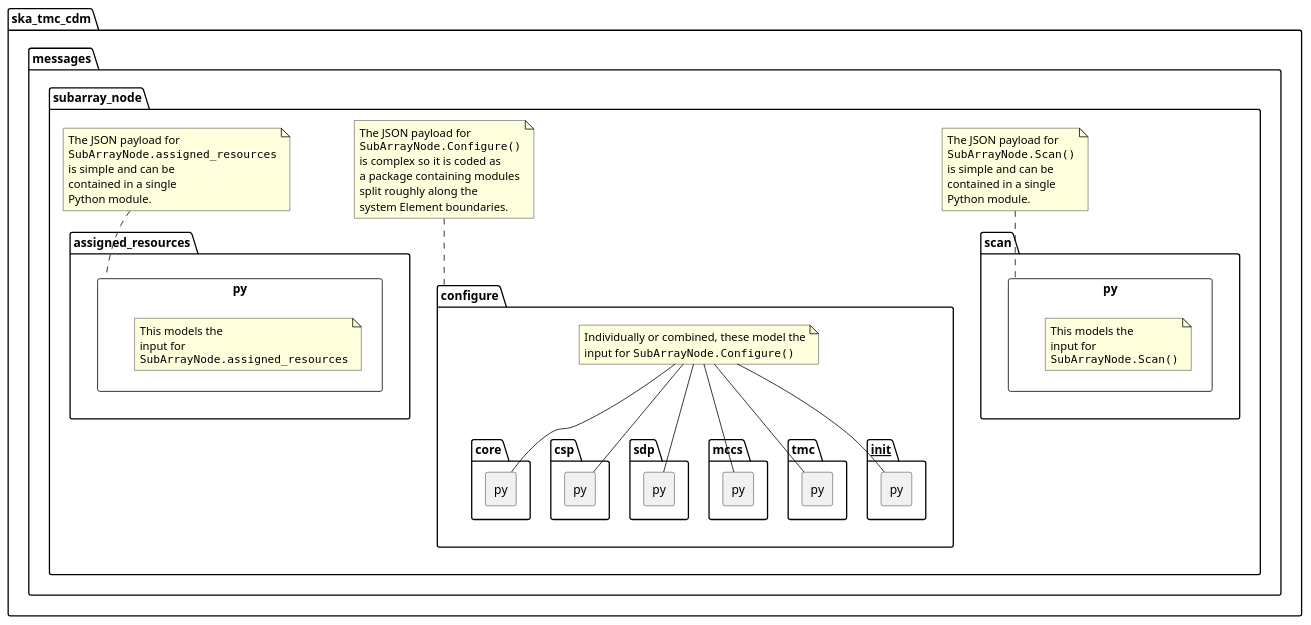
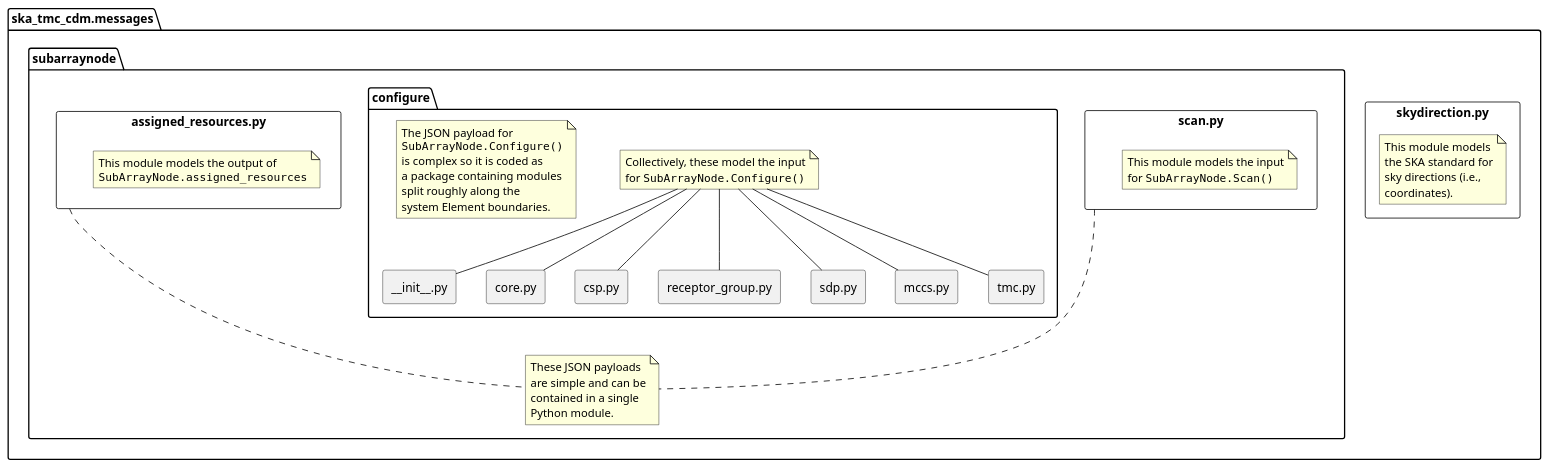
One commit to ska-telescope/cdm-shared-library changed the diagram in docs/src/developer/subarraynode/subarraynode.puml. Above: the diagram before and after it, drawn with PlantUML. The commit also changed 17 other files, not shown here.

First line of the commit message:
BTN-2460: update documentation for SubArrayNode.Configure.

```diff
--- a/docs/src/developer/subarraynode/subarraynode.puml
+++ b/docs/src/developer/subarraynode/subarraynode.puml
@@ -1,76 +1,92 @@
 @startuml
 hide empty members
 
-package ska_tmc_cdm.messages.subarray_node {
-        package scan.py <<Rectangle>> {
-		note as N1
-			This models the
-			input for
-			""SubArrayNode.Scan()""
-		end note
-	}
-	note top of scan.py
-		The JSON payload for
-		""SubArrayNode.Scan()""
-		is simple and can be
-		contained in a single
-		Python module.
-	end note
+package "ska_tmc_cdm.messages" as messages {
+    package skydirection.py as skydirection <<Rectangle>> {
+        note as skydirection_note
+            This module models
+            the SKA standard for
+            sky directions (i.e.,
+            coordinates).
+        end note
+    }
 
-	package configure {
-		package core.py <<Rectangle>> {
-		}
+    package subarraynode {
 
-		package csp.py <<Rectangle>> {
-		}
-
-		package sdp.py <<Rectangle>> {
-		}
-
-        package mccs.py <<Rectangle>> {
+        package scan.py as scan <<Rectangle>> {
+            note as scan_note
+                This module models the input
+                for ""SubArrayNode.Scan()""
+            end note
         }
 
-		package tmc.py <<Rectangle>> {
-		}
+        package configure {
+            package ~__init__.py as init <<Rectangle>> {
+            }
 
-		package __init__.py <<Rectangle>> {
-		}
+            package core.py as core <<Rectangle>> {
+            }
 
-		note as N2
-			Individually or combined, these model the
-			input for ""SubArrayNode.Configure()""
-		end note
+            package csp.py as csp <<Rectangle>> {
+            }
 
-		N2 -- __init__.py
-		N2 -- core.py
-		N2 -- csp.py
-		N2 -- sdp.py
-		N2 -- mccs.py
-		N2 -- tmc.py
-	}
-	note top of configure
-		The JSON payload for
-		""SubArrayNode.Configure()""
-		is complex so it is coded as
-		a package containing modules
-		split roughly along the
-		system Element boundaries.
-	end note
+            package receptor_group.py as receptor_group  <<Rectangle>> {
+            }
 
-	package assigned_resources.py <<Rectangle>> {
-		note as N3
-			This models the
-			input for
-			""SubArrayNode.assigned_resources""
-		end note
-	}
-	note top of assigned_resources.py
-		The JSON payload for
-		""SubArrayNode.assigned_resources""
-		is simple and can be
-		contained in a single
-		Python module.
-	end note
+            package sdp.py as sdp <<Rectangle>> {
+            }
+
+            package mccs.py as mccs <<Rectangle>> {
+            }
+
+            package tmc.py as tmc <<Rectangle>> {
+            }
+
+            note as N2
+                Collectively, these model the input
+                for ""SubArrayNode.Configure()""
+            end note
+
+            N2 -- init
+            N2 -- core
+            N2 -- csp
+            N2 -- sdp
+            N2 -- mccs
+            N2 -- tmc
+            N2 -- receptor_group
+
+            note as complex_module_note
+                The JSON payload for
+                ""SubArrayNode.Configure()""
+                is complex so it is coded as
+                a package containing modules
+                split roughly along the
+                system Element boundaries.
+            end note
+        }
+
+        package assigned_resources.py as assigned_resources <<Rectangle>> {
+            note as assigned_resources_note
+                This module models the output of
+                ""SubArrayNode.assigned_resources""
+            end note
+        }
+
+        note as simple_modules_note
+            These JSON payloads
+            are simple and can be
+            contained in a single
+            Python module.
+        end note
+
+        simple_modules_note .up.. assigned_resources
+        simple_modules_note .up.. scan
+
+    }
+
+'    assigned_resources -down[hidden]- configure
+'    configure -down[hidden]- scan
+'    scan -up[hidden]- configure
 }
 
 @enduml
```
